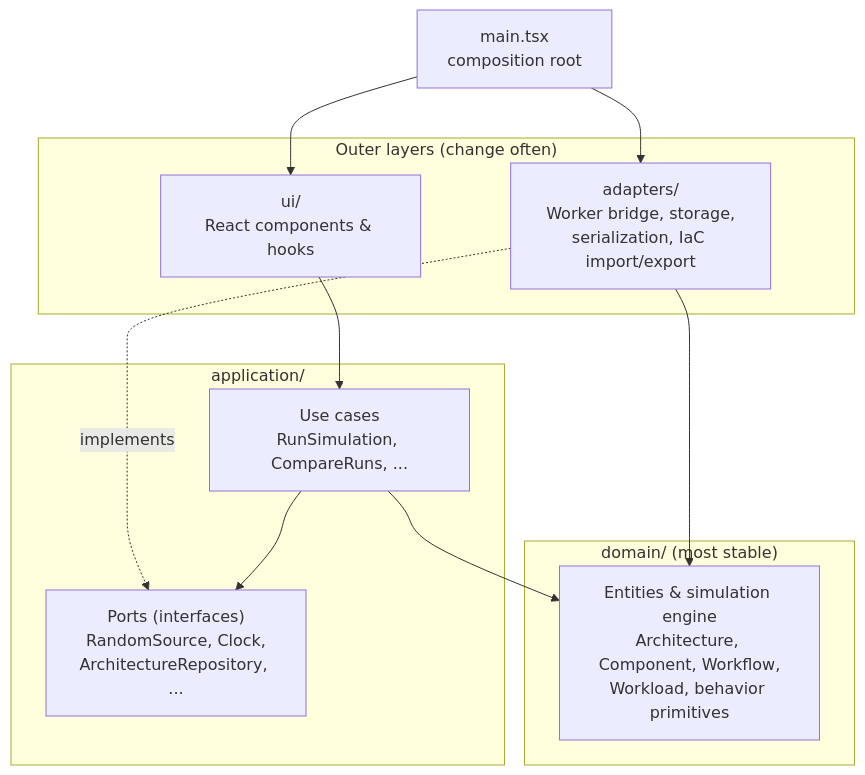
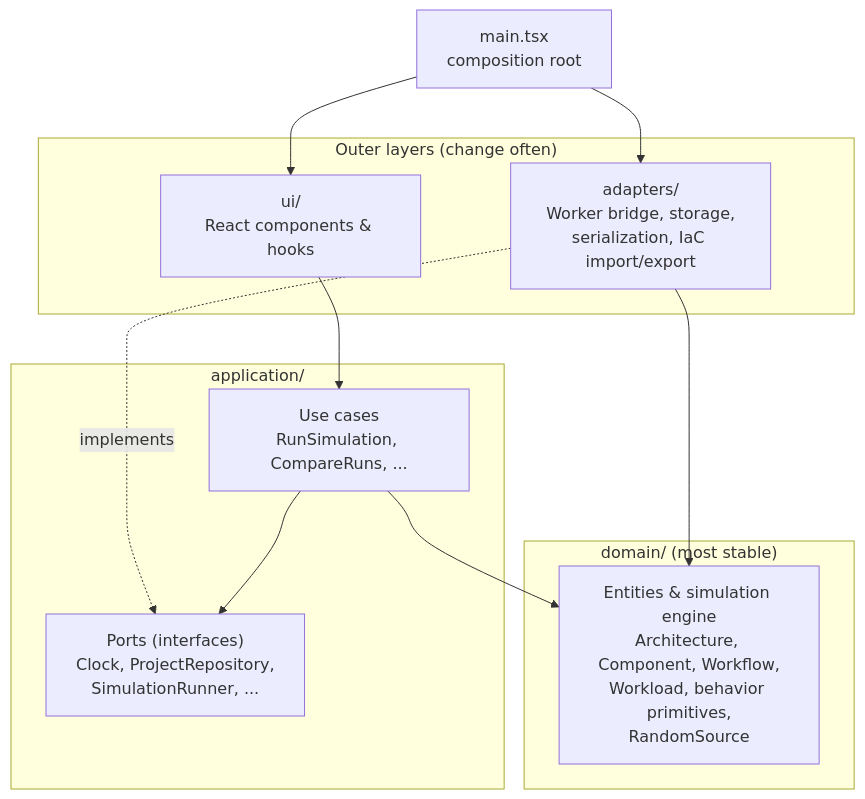
Before and after one commit to alanbickel/wind-tunnel: the second of 3 diagrams in docs/architecture/README.md, drawn with Mermaid. The commit also changed other lines of this file and 2 other files, not shown here.

Commit message:
docs: define RandomSource in the domain layer

````diff
--- a/docs/architecture/README.md
+++ b/docs/architecture/README.md
@@ -38,22 +38,22 @@
 ```mermaid
 flowchart TB
     subgraph outer["Outer layers (change often)"]
         UI["ui/<br/>React components & hooks"]
         AD["adapters/<br/>Worker bridge, storage,<br/>serialization, IaC import/export"]
     end
     subgraph app["application/"]
         UC["Use cases<br/>RunSimulation, CompareRuns, ..."]
-        P["Ports (interfaces)<br/>RandomSource, Clock,<br/>ArchitectureRepository, ..."]
+        P["Ports (interfaces)<br/>Clock, ProjectRepository,<br/>SimulationRunner, ..."]
     end
     subgraph dom["domain/ (most stable)"]
-        D["Entities & simulation engine<br/>Architecture, Component, Workflow,<br/>Workload, behavior primitives"]
+        D["Entities & simulation engine<br/>Architecture, Component, Workflow,<br/>Workload, behavior primitives,<br/>RandomSource"]
     end
 
     UI --> UC
     AD -.->|implements| P
     UC --> P
     UC --> D
     AD --> D
     MAIN["main.tsx<br/>composition root"] --> UI
     MAIN --> AD
 ```
````
